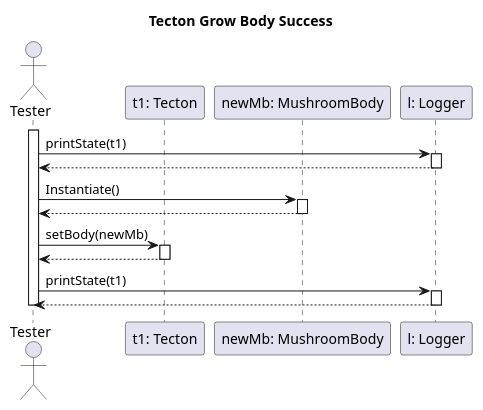
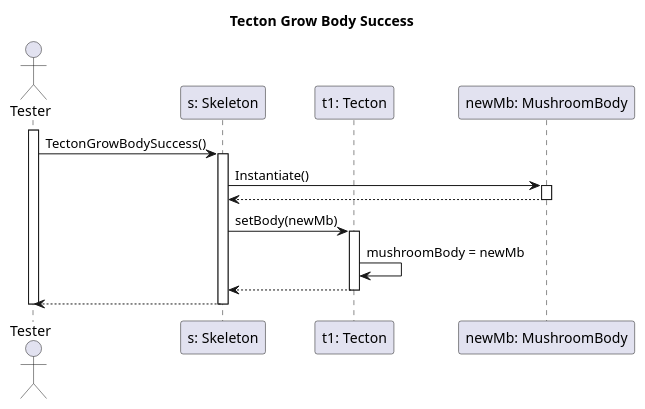
The diagram in diagrams/test-sequence/tectonGrowBodySuccess.puml (dzsem/projlab), drawn with PlantUML before and after one commit.

Commit message:
added skeleton, removed logger in tectonGrowBodySuccess

```diff
--- a/diagrams/test-sequence/tectonGrowBodySuccess.puml
+++ b/diagrams/test-sequence/tectonGrowBodySuccess.puml
@@ -1,35 +1,33 @@
 @startuml tectonGrowBodyTest
 
 title Tecton Grow Body Success
 
 actor "Tester" as ts
+participant "s: Skeleton" as s
 participant "t1: Tecton" as t1
 participant "newMb: MushroomBody" as newMb
-participant "l: Logger" as l
 
 activate ts
 
-ts -> l: printState(t1)
-activate l
-ts <-- l
-deactivate l
+ts -> s: TectonGrowBodySuccess()
+activate s
 
-ts -> newMb: Instantiate()
+s -> newMb: Instantiate()
 activate newMb
-ts <-- newMb
+s <-- newMb
 deactivate newMb
 
-ts -> t1: setBody(newMb)
+s -> t1: setBody(newMb)
 activate t1
 
-ts <-- t1
+t1 -> t1: mushroomBody = newMb
+
+s <-- t1
 deactivate t1
 
-ts -> l: printState(t1)
-activate l
-ts <-- l
-deactivate l
+ts <-- s
+deactivate s
 
 deactivate ts
 
 @enduml
```
